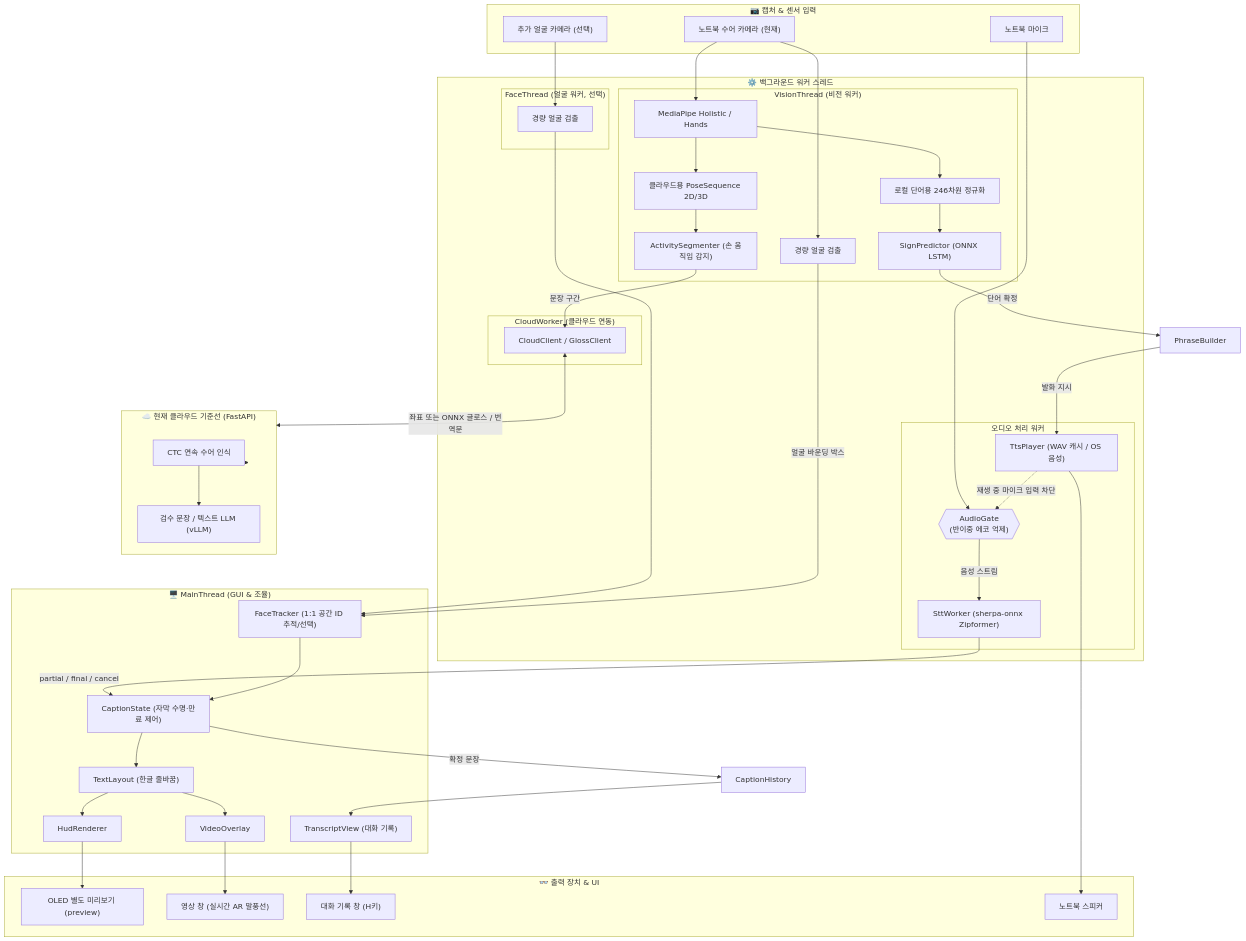
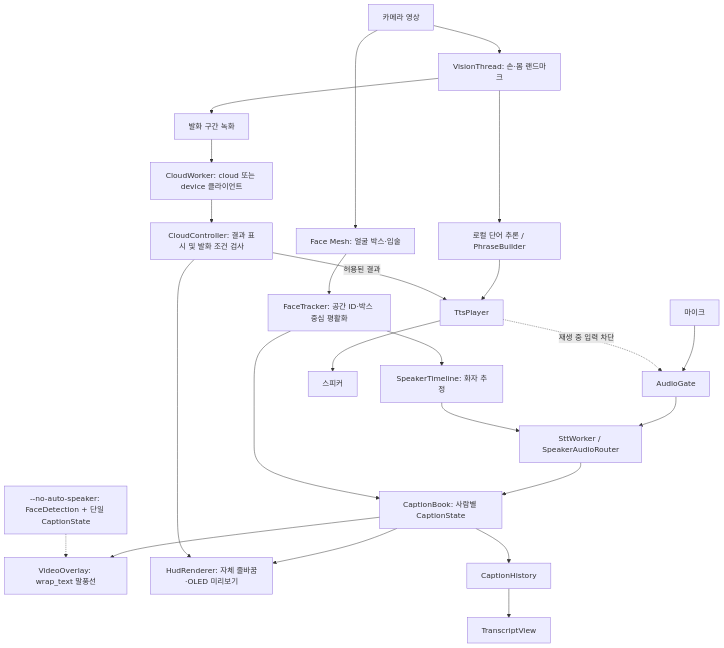
Before and after one commit to vagus3/SignLanguageGlass: the first of 3 diagrams in README.md, drawn with Mermaid. The commit also changed other lines of this file and 14 other files, not shown here.

````diff
--- a/README.md
+++ b/README.md
@@ -90,84 +90,22 @@
 ```mermaid
 flowchart TB
-    subgraph Capture["📷 캡처 & 센서 입력"]
-        Cam1["노트북 수어 카메라 (현재)"]
-        Cam2["추가 얼굴 카메라 (선택)"]
-        Mic["노트북 마이크"]
-    end
-
-    subgraph Threads["⚙️ 백그라운드 워커 스레드"]
-        subgraph VisionTh["VisionThread (비전 워커)"]
-            MP["MediaPipe Holistic / Hands"]
-            Norm["로컬 단어용 246차원 정규화"]
-            Pose["클라우드용 PoseSequence 2D/3D"]
-            VisionFaceDet["경량 얼굴 검출"]
-            LocalInfer["SignPredictor (ONNX LSTM)"]
-            Seg["ActivitySegmenter (손 움직임 감지)"]
-        end
-
-        subgraph FaceTh["FaceThread (얼굴 워커, 선택)"]
-            FaceDet["경량 얼굴 검출"]
-        end
-
-        subgraph AudioTh["오디오 처리 워커"]
-            STT["SttWorker (sherpa-onnx Zipformer)"]
-            TTS["TtsPlayer (WAV 캐시 / OS 음성)"]
-            Gate{{"AudioGate\n(반이중 에코 억제)"}}
-        end
-
-        subgraph CloudWorkerTh["CloudWorker (클라우드 연동)"]
-            Client["CloudClient / GlossClient"]
-        end
-    end
-
-    subgraph MainTh["🖥️ MainThread (GUI & 조율)"]
-        Tracker["FaceTracker (1:1 공간 ID 추적/선택)"]
-        CapState["CaptionState (자막 수명·만료 제어)"]
-        TxtLayout["TextLayout (한글 줄바꿈)"]
-        HUD["HudRenderer"]
-        Overlay["VideoOverlay"]
-        TransView["TranscriptView (대화 기록)"]
-    end
-
-    subgraph Output["👓 출력 장치 & UI"]
-        OLED["OLED 별도 미리보기 (preview)"]
-        VidWin["영상 창 (실시간 AR 말풍선)"]
-        TransWin["대화 기록 창 (H키)"]
-        Spk["노트북 스피커"]
-    end
-
-    subgraph Server["☁️ 현재 클라우드 기준선 (FastAPI)"]
-        CTC["CTC 연속 수어 인식"]
-        LLM["검수 문장 / 텍스트 LLM (vLLM)"]
-    end
-
-    %% 파이프라인 연결
-    Cam1 --> MP --> Norm
-    Norm --> LocalInfer
-    MP --> Pose --> Seg
-    Cam1 --> VisionFaceDet
-    Cam2 --> FaceDet
-
-    Mic --> Gate
-    Gate -->|음성 스트림| STT
-    STT -->|partial / final / cancel| CapState
-
-    LocalInfer -->|단어 확정| Phrase["PhraseBuilder"]
-    Phrase -->|발화 지시| TTS
-    TTS -.->|재생 중 마이크 입력 차단| Gate
-    TTS --> Spk
-
-    Seg -->|문장 구간| Client
-    Client <-->|좌표 또는 ONNX 글로스 / 번역문| Server
-    Server --> CTC --> LLM
-
-    FaceDet --> Tracker
-    VisionFaceDet -->|얼굴 바운딩 박스| Tracker
-    Tracker --> CapState
-    CapState --> TxtLayout --> HUD & Overlay
-    CapState -->|확정 문장| History["CaptionHistory"] --> TransView
-
-    HUD --> OLED
-    Overlay --> VidWin
-    TransView --> TransWin
+    Cam["카메라 영상"] --> Vision["VisionThread: 손·몸 랜드마크"]
+    Cam --> Face["Face Mesh: 얼굴 박스·입술"]
+    Face --> Tracker["FaceTracker: 공간 ID·박스 중심 평활화"]
+    Tracker --> Timeline["SpeakerTimeline: 화자 추정"]
+    Mic["마이크"] --> Gate["AudioGate"] --> Router["SttWorker / SpeakerAudioRouter"]
+    Timeline --> Router
+    Router --> Book["CaptionBook: 사람별 CaptionState"]
+    Tracker --> Book
+    Book --> Overlay["VideoOverlay: wrap_text 말풍선"]
+    Book --> HUD["HudRenderer: 자체 줄바꿈·OLED 미리보기"]
+    Book --> History["CaptionHistory"] --> Transcript["TranscriptView"]
+    Vision --> Local["로컬 단어 추론 / PhraseBuilder"] --> TTS["TtsPlayer"]
+    Vision --> Segment["발화 구간 녹화"] --> Worker["CloudWorker: cloud 또는 device 클라이언트"]
+    Worker --> Controller["CloudController: 결과 표시 및 발화 조건 검사"]
+    Controller --> HUD
+    Controller -->|허용된 결과| TTS
+    TTS --> Speaker["스피커"]
+    TTS -.->|재생 중 입력 차단| Gate
+    Legacy["--no-auto-speaker: FaceDetection + 단일 CaptionState"] -.-> Overlay
 ```
````
